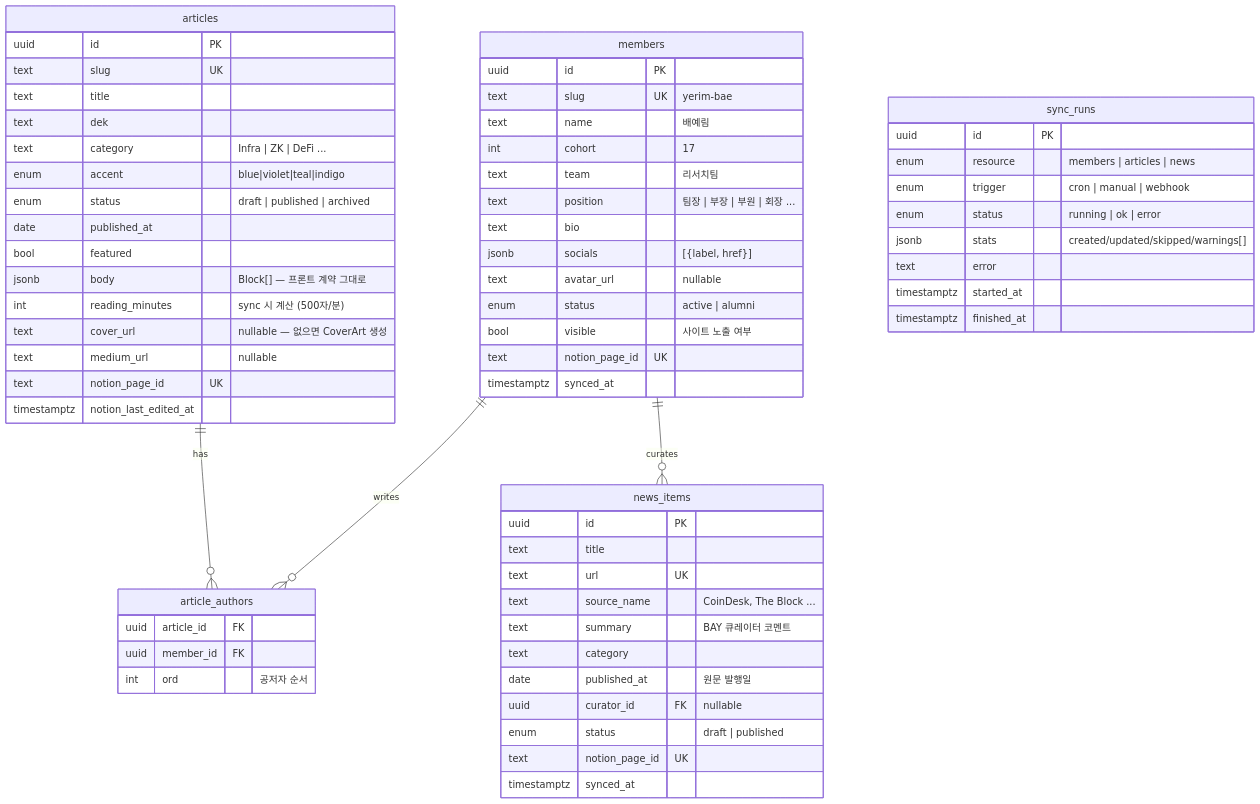
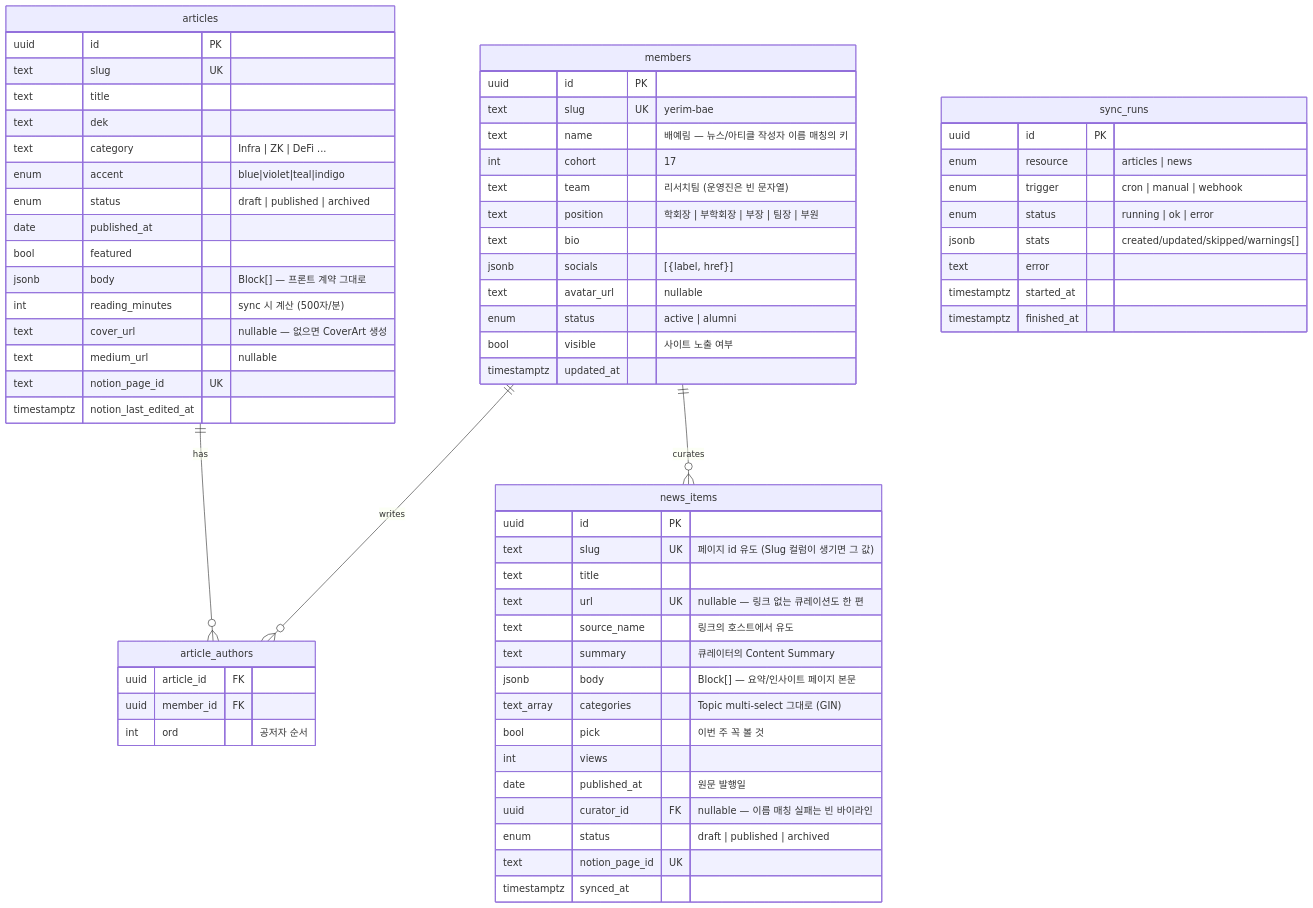
One commit to BlockchainAtYonsei/website changed the diagram in docs/backend-design.md. Above: the diagram before and after it, drawn with Mermaid. The commit also changed other lines of this file and 8 other files, not shown here.

````diff
--- a/docs/backend-design.md
+++ b/docs/backend-design.md
@@ -41,66 +46,69 @@
 ```mermaid
 erDiagram
     members ||--o{ article_authors : writes
     articles ||--o{ article_authors : has
     members ||--o{ news_items : curates
     members {
         uuid id PK
         text slug UK "yerim-bae"
-        text name "배예림"
+        text name "배예림 — 뉴스/아티클 작성자 이름 매칭의 키"
         int cohort "17"
-        text team "리서치팀"
-        text position "팀장 | 부장 | 부원 | 회장 ..."
+        text team "리서치팀 (운영진은 빈 문자열)"
+        text position "학회장 | 부학회장 | 부장 | 팀장 | 부원"
         text bio
         jsonb socials "[{label, href}]"
         text avatar_url "nullable"
         enum status "active | alumni"
         bool visible "사이트 노출 여부"
-        text notion_page_id UK
-        timestamptz synced_at
+        timestamptz updated_at
     }
     articles {
         uuid id PK
         text slug UK
         text title
         text dek
         text category "Infra | ZK | DeFi ..."
         enum accent "blue|violet|teal|indigo"
         enum status "draft | published | archived"
         date published_at
         bool featured
         jsonb body "Block[] — 프론트 계약 그대로"
         int reading_minutes "sync 시 계산 (500자/분)"
         text cover_url "nullable — 없으면 CoverArt 생성"
         text medium_url "nullable"
         text notion_page_id UK
         timestamptz notion_last_edited_at
     }
     article_authors {
         uuid article_id FK
         uuid member_id FK
         int ord "공저자 순서"
     }
     news_items {
         uuid id PK
+        text slug UK "페이지 id 유도 (Slug 컬럼이 생기면 그 값)"
         text title
-        text url UK
-        text source_name "CoinDesk, The Block ..."
-        text summary "BAY 큐레이터 코멘트"
-        text category
+        text url UK "nullable — 링크 없는 큐레이션도 한 편"
+        text source_name "링크의 호스트에서 유도"
+        text summary "큐레이터의 Content Summary"
+        jsonb body "Block[] — 요약/인사이트 페이지 본문"
+        text_array categories "Topic multi-select 그대로 (GIN)"
+        bool pick "이번 주 꼭 볼 것"
+        int views
         date published_at "원문 발행일"
-        uuid curator_id FK "nullable"
-        enum status "draft | published"
+        uuid curator_id FK "nullable — 이름 매칭 실패는 빈 바이라인"
+        enum status "draft | published | archived"
         text notion_page_id UK
         timestamptz synced_at
     }
     sync_runs {
         uuid id PK
-        enum resource "members | articles | news"
+        enum resource "articles | news"
         enum trigger "cron | manual | webhook"
         enum status "running | ok | error"
         jsonb stats "created/updated/skipped/warnings[]"
         text error
         timestamptz started_at
         timestamptz finished_at
     }
 ```
````
